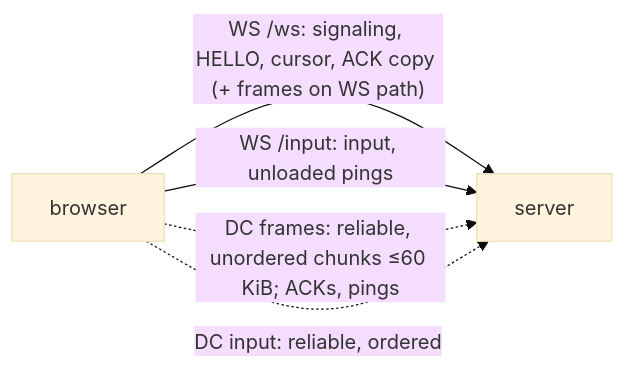
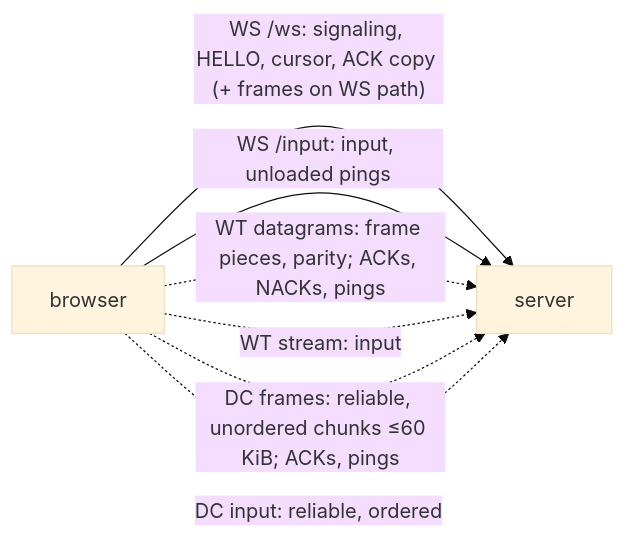
One commit to victor141516/remothing changed the second of 2 diagrams in docs/ARCHITECTURE.md. Above: the diagram before and after it, drawn with Mermaid (base theme). The commit also changed other lines of this file and 19 other files, not shown here.

````diff
--- a/docs/ARCHITECTURE.md
+++ b/docs/ARCHITECTURE.md
@@ -328,7 +336,9 @@
 ```mermaid
 flowchart LR
   B[browser] -- "WS /ws: signaling, HELLO, cursor, ACK copy (+ frames on WS path)" --> S[server]
   B -- "WS /input: input, unloaded pings" --> S
+  B -. "WT datagrams: frame pieces, parity; ACKs, NACKs, pings" .-> S
+  B -. "WT stream: input" .-> S
   B -. "DC frames: reliable, unordered chunks ≤60 KiB; ACKs, pings" .-> S
   B -. "DC input: reliable, ordered" .-> S
 ```
````
